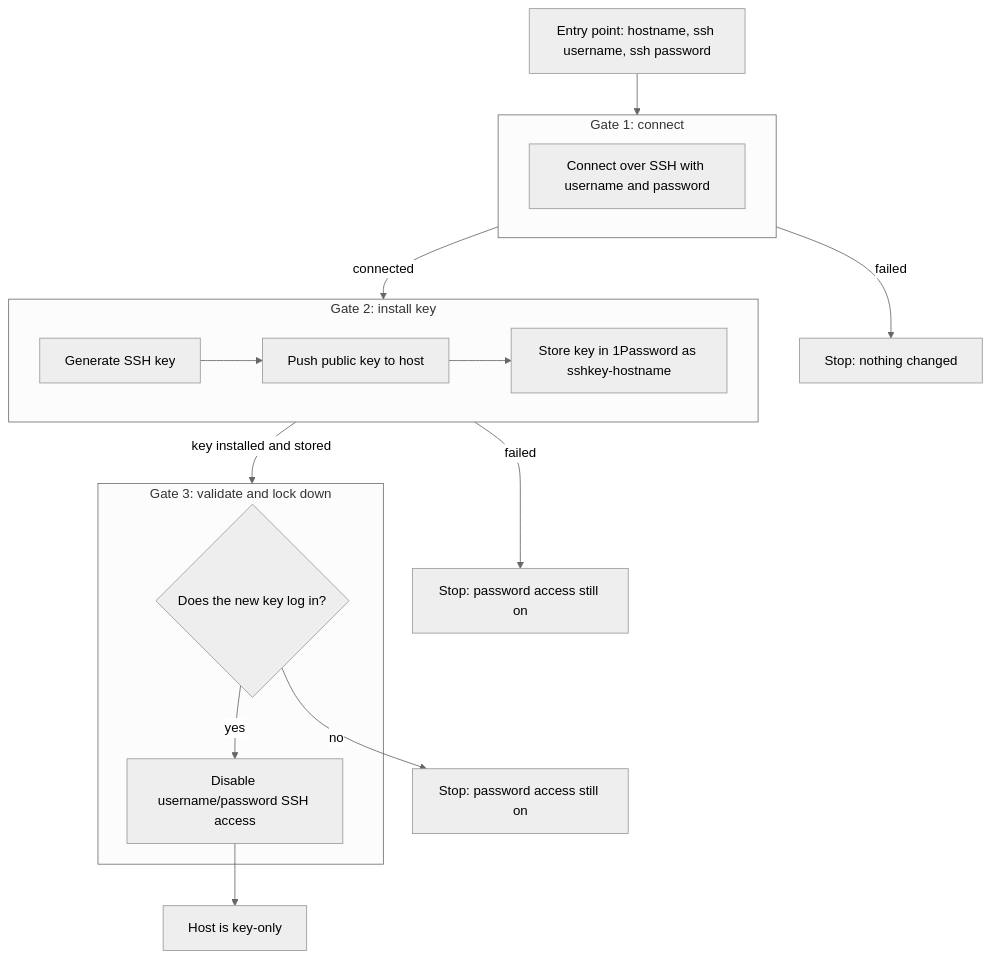
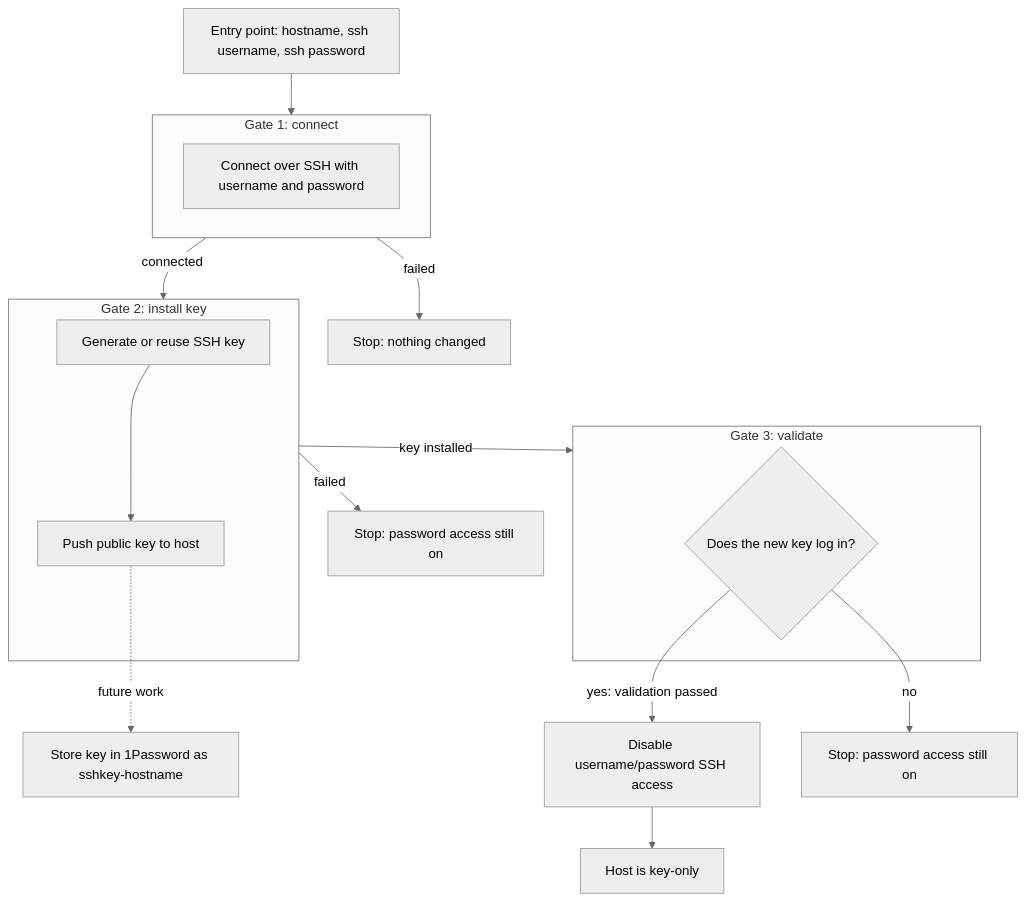
The diagram in docs/playbooks/provisioning.md (kopecn/my-galaxy-playbooks), drawn with Mermaid (neutral theme) before and after one commit. The commit also changed other lines of this file and 21 other files, not shown here.

````diff
--- a/docs/playbooks/provisioning.md
+++ b/docs/playbooks/provisioning.md
@@ -9,27 +12,27 @@
 ```mermaid
 flowchart TD
     Start[Entry point: hostname, ssh username, ssh password] --> G1
 
     subgraph G1[Gate 1: connect]
         Connect[Connect over SSH with username and password]
     end
 
     G1 -->|connected| G2
     G1 -->|failed| Stop1[Stop: nothing changed]
 
     subgraph G2[Gate 2: install key]
-        Generate[Generate SSH key] --> Push[Push public key to host]
-        Push --> Store[Store key in 1Password as sshkey-hostname]
+        Generate[Generate or reuse SSH key] --> Push[Push public key to host]
     end
 
-    G2 -->|key installed and stored| G3
+    Push -. future work .-> Store[Store key in 1Password as sshkey-hostname]
+    G2 -->|key installed| G3
     G2 -->|failed| Stop2[Stop: password access still on]
 
-    subgraph G3[Gate 3: validate and lock down]
+    subgraph G3[Gate 3: validate]
         Validate{Does the new key log in?}
-        Validate -->|yes| Disable[Disable username/password SSH access]
     end
 
+    Validate -->|yes: validation passed| Disable[Disable username/password SSH access]
     Validate -->|no| Stop3[Stop: password access still on]
     Disable --> Done[Host is key-only]
 ```
````
